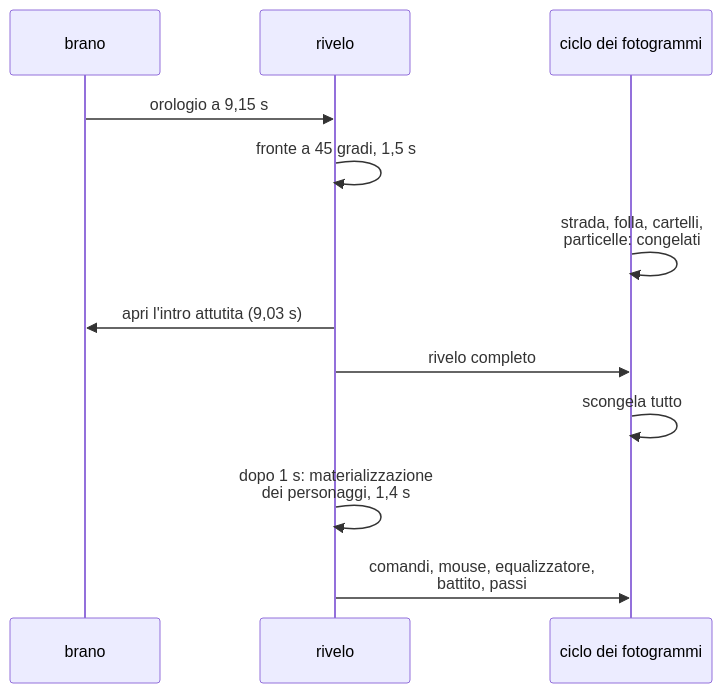
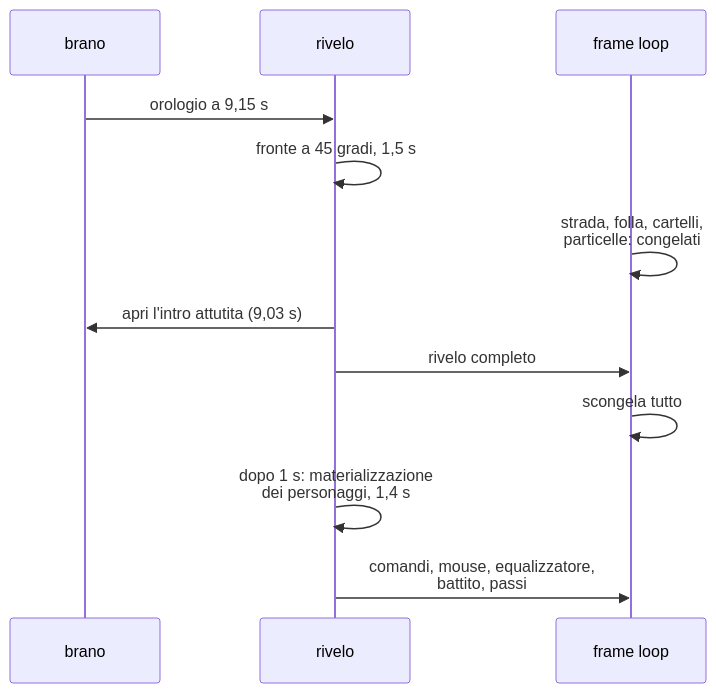
One commit to ale-ehp/retro-future changed the diagram in doc/docs/come-funziona/il-rivelo-della-citta.mdx. Above: the diagram before and after it, drawn with Mermaid. The commit also changed other lines of this file and 22 other files, not shown here.

````diff
--- a/doc/docs/come-funziona/il-rivelo-della-citta.mdx
+++ b/doc/docs/come-funziona/il-rivelo-della-citta.mdx
@@ -56,14 +55,14 @@
 ```mermaid
 sequenceDiagram
     participant M as brano
     participant R as rivelo
-    participant F as ciclo dei fotogrammi
+    participant F as frame loop
     M->>R: orologio a 9,15 s
     R->>R: fronte a 45 gradi, 1,5 s
     F->>F: strada, folla, cartelli,<br/>particelle: congelati
     R->>M: apri l'intro attutita (9,03 s)
     R->>F: rivelo completo
     F->>F: scongela tutto
     R->>R: dopo 1 s: materializzazione<br/>dei personaggi, 1,4 s
     R->>F: comandi, mouse, equalizzatore,<br/>battito, passi
 ```
````
